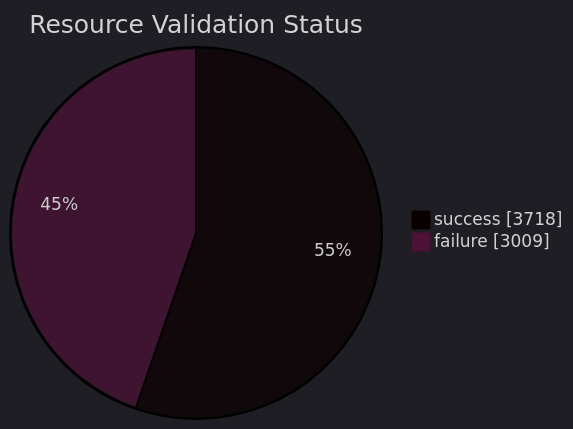
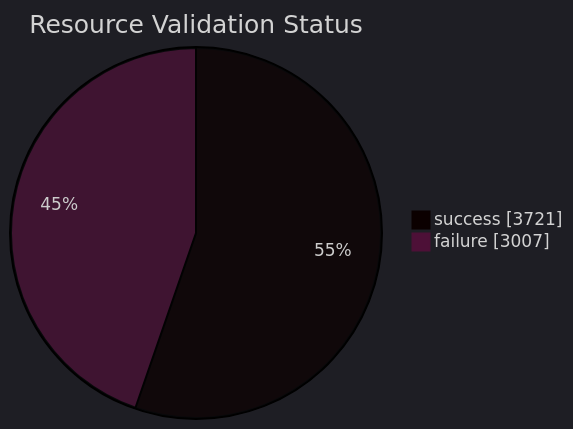
The diagram in datastore_tracker/resource_validation_status_pie_chart.md (open-data/analytics-corporate-reporting), drawn with Mermaid before and after one commit. The commit also changed 9 other files, not shown here.

````diff
--- a/datastore_tracker/resource_validation_status_pie_chart.md
+++ b/datastore_tracker/resource_validation_status_pie_chart.md
@@ -2,9 +2,9 @@
 ```mermaid
 ---
 config:
   theme: dark
 ---
 pie showData title Resource Validation Status
-    "success": 3718
-    "failure": 3009
+    "success": 3721
+    "failure": 3007
 ```
````
